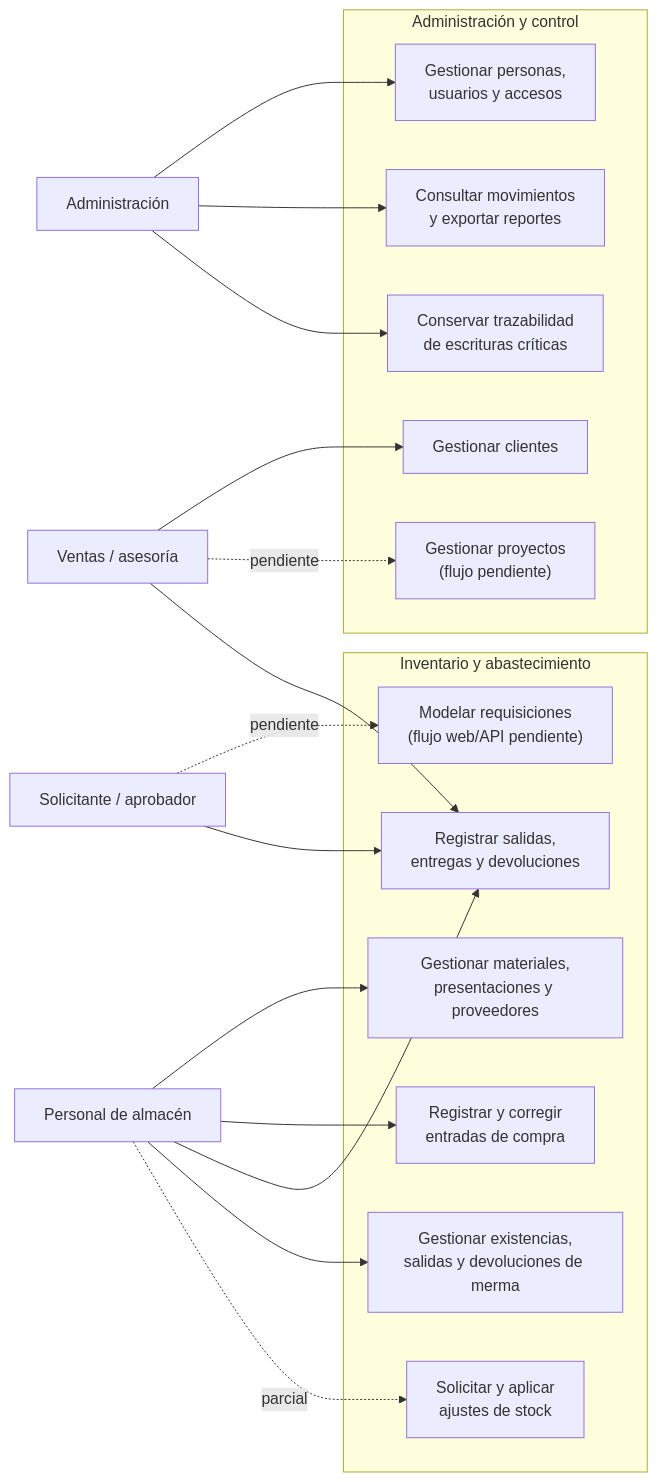
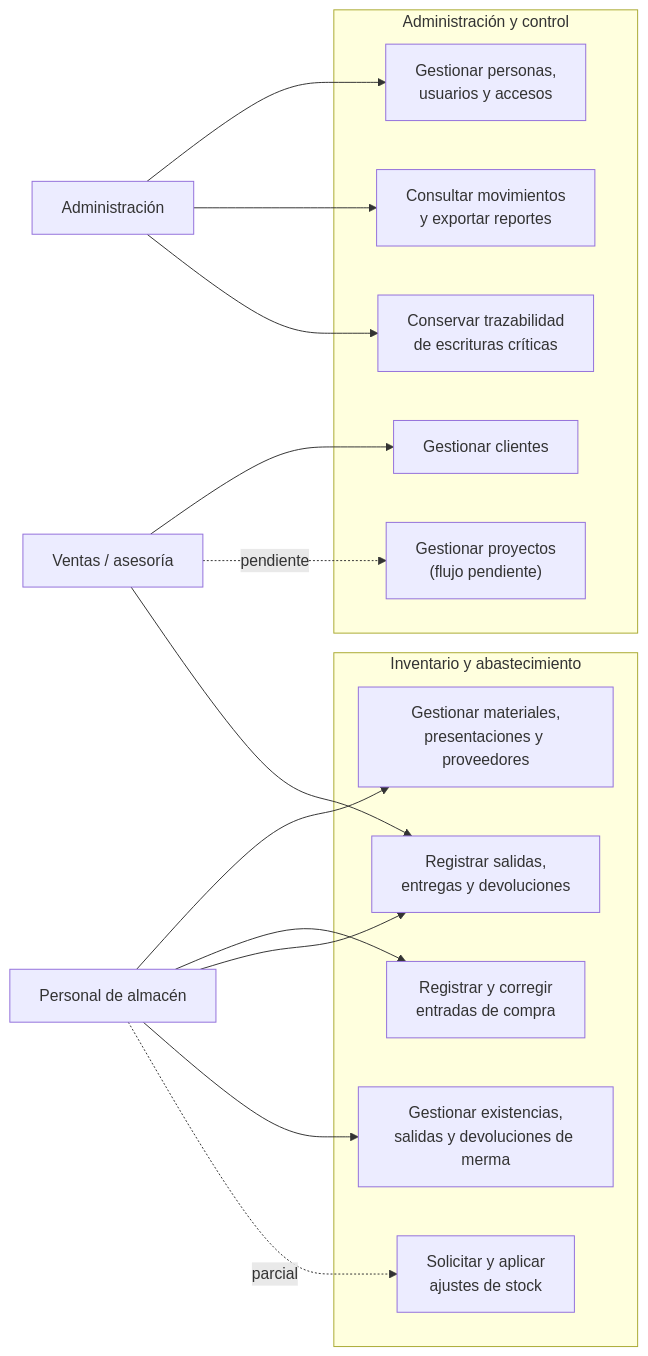
The first of 4 diagrams in docs/requirements-diagrams.md (gpgsistemas01/nexus), drawn with Mermaid before and after one commit. The commit also changed other lines of this file and 15 other files, not shown here.

````diff
--- a/docs/requirements-diagrams.md
+++ b/docs/requirements-diagrams.md
@@ -20,35 +20,31 @@
 ```mermaid
 flowchart LR
     warehouse["Personal de almacén"]
     sales["Ventas / asesoría"]
     admin["Administración"]
-    approver["Solicitante / aprobador"]
     subgraph inventory["Inventario y abastecimiento"]
         catalogs["Gestionar materiales,<br/>presentaciones y proveedores"]
-        requisitions["Modelar requisiciones<br/>(flujo web/API pendiente)"]
         receipts["Registrar y corregir<br/>entradas de compra"]
         issues["Registrar salidas,<br/>entregas y devoluciones"]
         wastes["Gestionar existencias,<br/>salidas y devoluciones de merma"]
         adjustments["Solicitar y aplicar<br/>ajustes de stock"]
     end
     subgraph governance["Administración y control"]
         people["Gestionar personas,<br/>usuarios y accesos"]
         clients["Gestionar clientes"]
         projects["Gestionar proyectos<br/>(flujo pendiente)"]
         reports["Consultar movimientos<br/>y exportar reportes"]
         audit["Conservar trazabilidad<br/>de escrituras críticas"]
     end
     warehouse --> catalogs
     warehouse --> receipts
     warehouse --> issues
     warehouse --> wastes
     warehouse -.->|"parcial"| adjustments
-    approver -.->|"pendiente"| requisitions
-    approver --> issues
     sales --> clients
     sales -.->|"pendiente"| projects
     sales --> issues
     admin --> people
     admin --> reports
     admin --> audit
 ```
````
